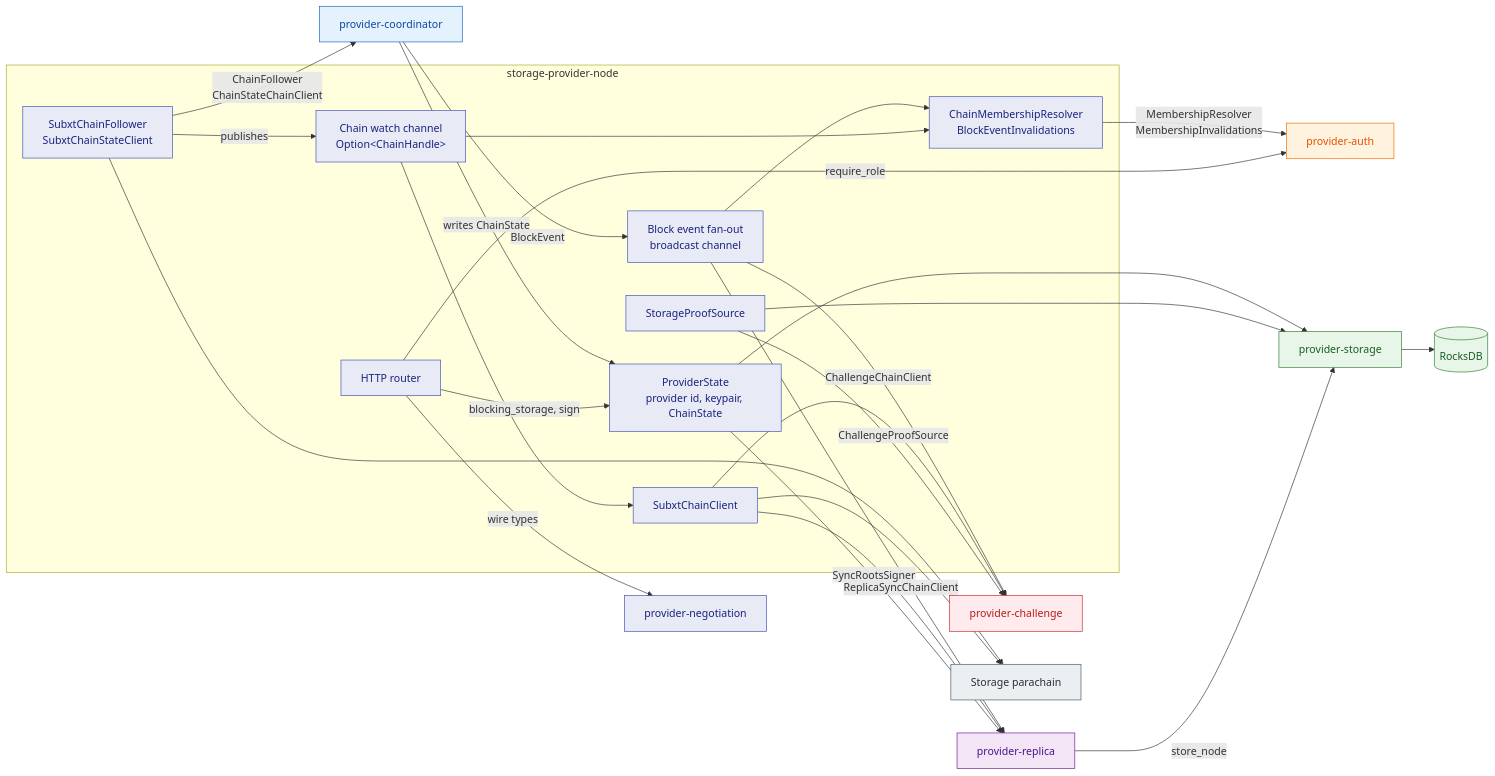
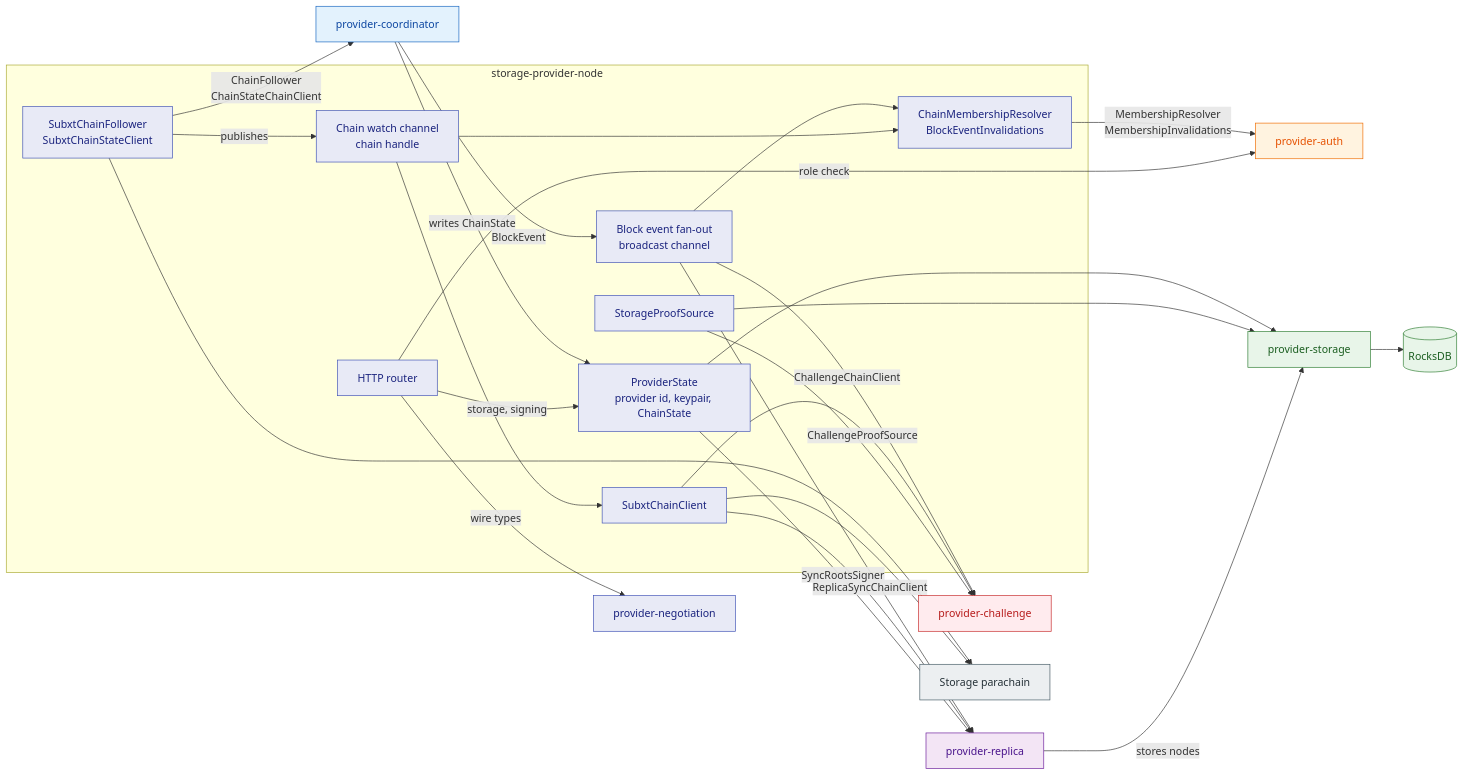
The second of 2 diagrams in docs/design/storage-provider-node/storage-provider-node.md (paritytech/web3-storage), drawn with Mermaid before and after one commit. The commit also changed other lines of this file and 7 other files, not shown here.

````diff
--- a/docs/design/storage-provider-node/storage-provider-node.md
+++ b/docs/design/storage-provider-node/storage-provider-node.md
@@ -82,55 +82,55 @@
 ```mermaid
 flowchart LR
     classDef providernode fill:#E8EAF6,stroke:#3F51B5,color:#1A237E
     classDef auth fill:#FFF3E0,stroke:#EF6C00,color:#E65100
     classDef challenge fill:#FFEBEE,stroke:#C62828,color:#B71C1C
     classDef coordinator fill:#E3F2FD,stroke:#1565C0,color:#0D47A1
     classDef replica fill:#F3E5F5,stroke:#6A1B9A,color:#4A148C
     classDef storage fill:#E8F5E9,stroke:#2E7D32,color:#1B5E20
     classDef chain fill:#ECEFF1,stroke:#455A64,color:#263238
     classDef external fill:#FAFAFA,stroke:#757575,color:#424242
 
     subgraph bin["storage-provider-node"]
         api["HTTP router"]:::providernode
-        chainrx["Chain watch channel<br/>Option&lt;ChainHandle&gt;"]:::providernode
+        chainrx["Chain watch channel<br/>chain handle"]:::providernode
         events["Block event fan-out<br/>broadcast channel"]:::providernode
         state["ProviderState<br/>provider id, keypair, ChainState"]:::providernode
         follower["SubxtChainFollower<br/>SubxtChainStateClient"]:::providernode
         client["SubxtChainClient"]:::providernode
         resolver["ChainMembershipResolver<br/>BlockEventInvalidations"]:::providernode
         proofs["StorageProofSource"]:::providernode
     end
 
     auth["provider-auth"]:::auth
     coord["provider-coordinator"]:::coordinator
     chal["provider-challenge"]:::challenge
     rep["provider-replica"]:::replica
     sto["provider-storage"]:::storage
     neg["provider-negotiation"]:::providernode
     chain["Storage parachain"]:::chain
     db[("RocksDB")]:::storage
 
     follower -- "ChainFollower<br/>ChainStateChainClient" --> coord
     follower -- publishes --> chainrx
     coord -- "writes ChainState" --> state
     coord -- "BlockEvent" --> events
     events --> resolver
     events --> chal
     events --> rep
     chainrx --> client
     chainrx --> resolver
     resolver -- "MembershipResolver<br/>MembershipInvalidations" --> auth
     client -- "ChallengeChainClient" --> chal
     client -- "ReplicaSyncChainClient" --> rep
     proofs -- "ChallengeProofSource" --> chal
     state -- "SyncRootsSigner" --> rep
-    api -- "require_role" --> auth
-    api -- "blocking_storage, sign" --> state
+    api -- "role check" --> auth
+    api -- "storage, signing" --> state
     api -- "wire types" --> neg
     state --> sto
     proofs --> sto
-    rep -- "store_node" --> sto
+    rep -- "stores nodes" --> sto
     follower --> chain
     client --> chain
     sto --> db
 ```
````
